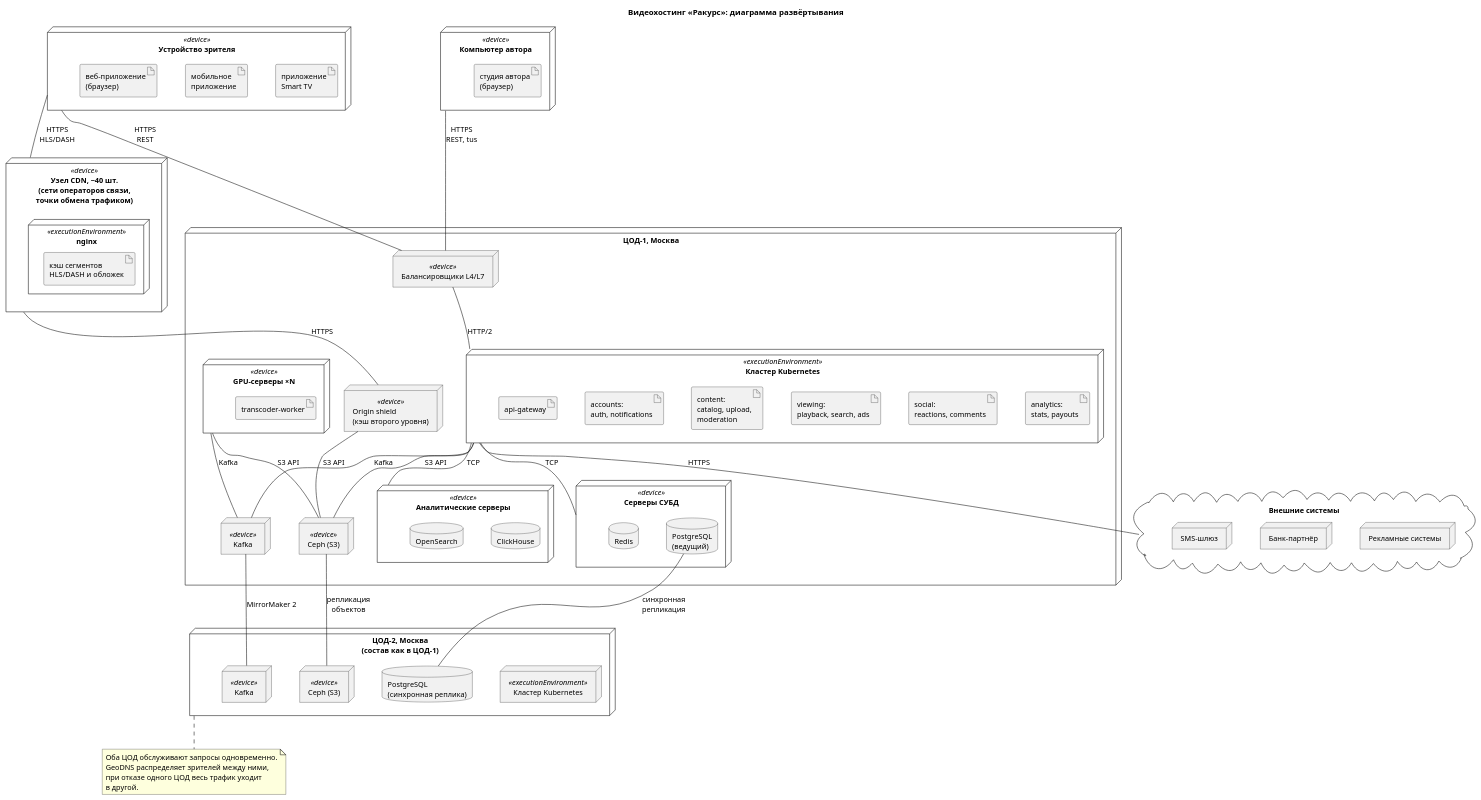
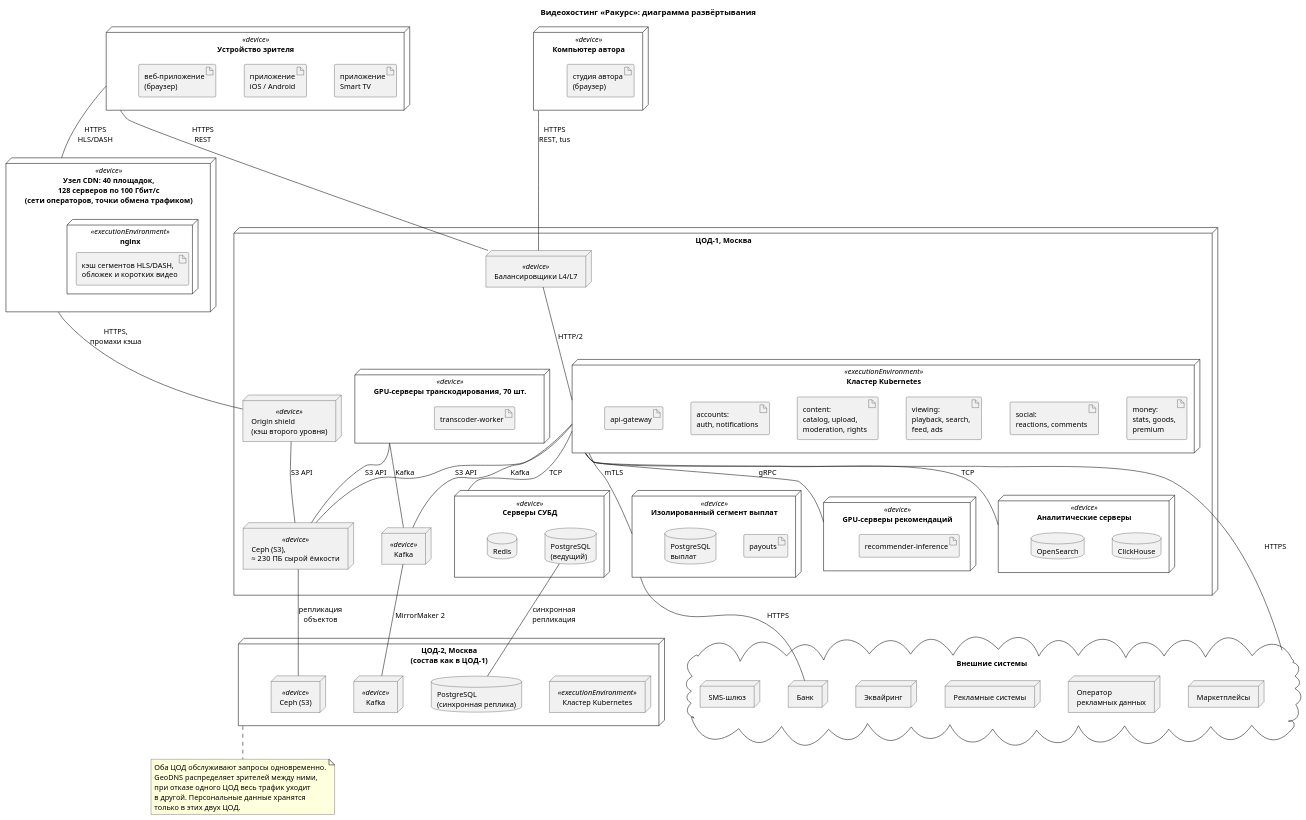
Before and after one commit to EkaterinaGrisha/videohosting-architecture: the diagram in diagrams/deployment.puml, drawn with PlantUML. The commit also changed 22 other files, not shown here.

First line of the commit message:
Переработка архитектуры «Ракурса»: модель экономики, истории, диаграммы

```diff
--- a/diagrams/deployment.puml
+++ b/diagrams/deployment.puml
@@ -1,104 +1,122 @@
 @startuml deployment
 title Видеохостинг «Ракурс»: диаграмма развёртывания
 
 skinparam shadowing false
 skinparam defaultFontName Arial
 skinparam defaultFontSize 13
 skinparam nodesep 50
 skinparam ranksep 70
 
 node "Устройство зрителя" <<device>> as viewer {
   artifact "веб-приложение\n(браузер)" as a_web
-  artifact "мобильное\nприложение" as a_mobile
+  artifact "приложение\niOS / Android" as a_mobile
   artifact "приложение\nSmart TV" as a_tv
 }
 
 node "Компьютер автора" <<device>> as author {
   artifact "студия автора\n(браузер)" as a_studio
 }
 
-node "Узел CDN, ~40 шт.\n(сети операторов связи,\nточки обмена трафиком)" <<device>> as edge {
+node "Узел CDN: 40 площадок,\n128 серверов по 100 Гбит/с\n(сети операторов, точки обмена трафиком)" <<device>> as edge {
   node "nginx" <<executionEnvironment>> as edge_nginx {
-    artifact "кэш сегментов\nHLS/DASH и обложек" as a_cache
+    artifact "кэш сегментов HLS/DASH,\nобложек и коротких видео" as a_cache
   }
 }
 
 node "ЦОД-1, Москва" as dc1 {
   node "Балансировщики L4/L7" <<device>> as lb1
   node "Origin shield\n(кэш второго уровня)" <<device>> as shield1
 
   node "Кластер Kubernetes" <<executionEnvironment>> as k8s1 {
     artifact "api-gateway" as a_gw
     artifact "accounts:\nauth, notifications" as a_accounts
-    artifact "content:\ncatalog, upload,\nmoderation" as a_content
-    artifact "viewing:\nplayback, search, ads" as a_viewing
+    artifact "content:\ncatalog, upload,\nmoderation, rights" as a_content
+    artifact "viewing:\nplayback, search,\nfeed, ads" as a_viewing
     artifact "social:\nreactions, comments" as a_social
-    artifact "analytics:\nstats, payouts" as a_analytics
+    artifact "money:\nstats, goods,\npremium" as a_money
   }
 
-  node "GPU-серверы ×N" <<device>> as gpu1 {
+  node "Изолированный сегмент выплат" <<device>> as pay1 {
+    artifact "payouts" as a_payouts
+    database "PostgreSQL\nвыплат" as pgpay1
+  }
+
+  node "GPU-серверы транскодирования, 70 шт." <<device>> as gpu1 {
     artifact "transcoder-worker" as a_transcoder
+  }
+
+  node "GPU-серверы рекомендаций" <<device>> as rec1 {
+    artifact "recommender-inference" as a_rec
   }
 
   node "Серверы СУБД" <<device>> as db1 {
     database "PostgreSQL\n(ведущий)" as pg1
     database "Redis" as redis1
   }
 
   node "Аналитические серверы" <<device>> as an1 {
     database "ClickHouse" as ch1
     database "OpenSearch" as os1
   }
 
   node "Kafka" <<device>> as kafka1
-  node "Ceph (S3)" <<device>> as ceph1
+  node "Ceph (S3),\n≈ 230 ПБ сырой ёмкости" <<device>> as ceph1
 }
 
 node "ЦОД-2, Москва\n(состав как в ЦОД-1)" as dc2 {
   node "Кластер Kubernetes" <<executionEnvironment>> as k8s2
   database "PostgreSQL\n(синхронная реплика)" as pg2
   node "Kafka" <<device>> as kafka2
   node "Ceph (S3)" <<device>> as ceph2
 }
 
 cloud "Внешние системы" as ext {
   node "SMS-шлюз" as sms
-  node "Банк-партнёр" as bank
+  node "Банк" as bank
+  node "Эквайринг" as acq
   node "Рекламные системы" as adnet
+  node "Оператор\nрекламных данных" as ord
+  node "Маркетплейсы" as mp
 }
 
 a_web -[hidden]right- a_mobile
 a_mobile -[hidden]right- a_tv
 a_gw -[hidden]right- a_accounts
 a_accounts -[hidden]right- a_content
 a_content -[hidden]right- a_viewing
 a_viewing -[hidden]right- a_social
-a_social -[hidden]right- a_analytics
+a_social -[hidden]right- a_money
 sms -[hidden]right- bank
-bank -[hidden]right- adnet
+bank -[hidden]right- acq
+acq -[hidden]right- adnet
+adnet -[hidden]right- ord
+ord -[hidden]right- mp
 
 viewer -- edge : HTTPS\nHLS/DASH
 viewer -- lb1 : HTTPS\nREST
 author -- lb1 : HTTPS\nREST, tus
-edge -- shield1 : HTTPS
+edge -- shield1 : HTTPS,\nпромахи кэша
 shield1 -- ceph1 : S3 API
 lb1 -- k8s1 : HTTP/2
 k8s1 -- db1 : TCP
 k8s1 -- an1 : TCP
 k8s1 -- kafka1 : Kafka
 k8s1 -- ceph1 : S3 API
+k8s1 -- rec1 : gRPC
+k8s1 -- pay1 : mTLS
 gpu1 -- ceph1 : S3 API
 gpu1 -- kafka1 : Kafka
 k8s1 -- ext : HTTPS
+pay1 -- bank : HTTPS
 pg1 -- pg2 : синхронная\nрепликация
 ceph1 -- ceph2 : репликация\nобъектов
 kafka1 -- kafka2 : MirrorMaker 2
 
 note bottom of dc2
   Оба ЦОД обслуживают запросы одновременно.
   GeoDNS распределяет зрителей между ними,
   при отказе одного ЦОД весь трафик уходит
-  в другой.
+  в другой. Персональные данные хранятся
+  только в этих двух ЦОД.
 end note
-
 @enduml
```
